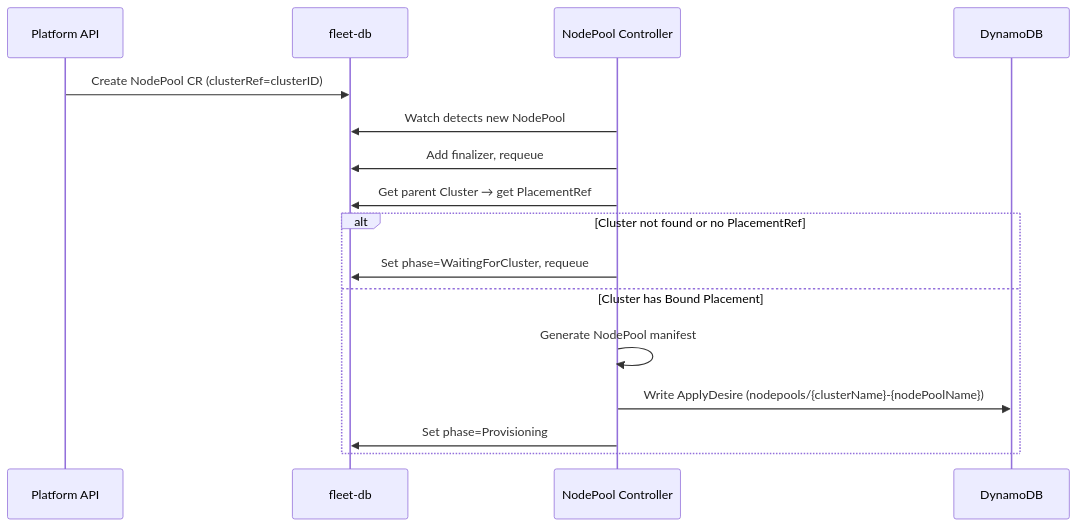
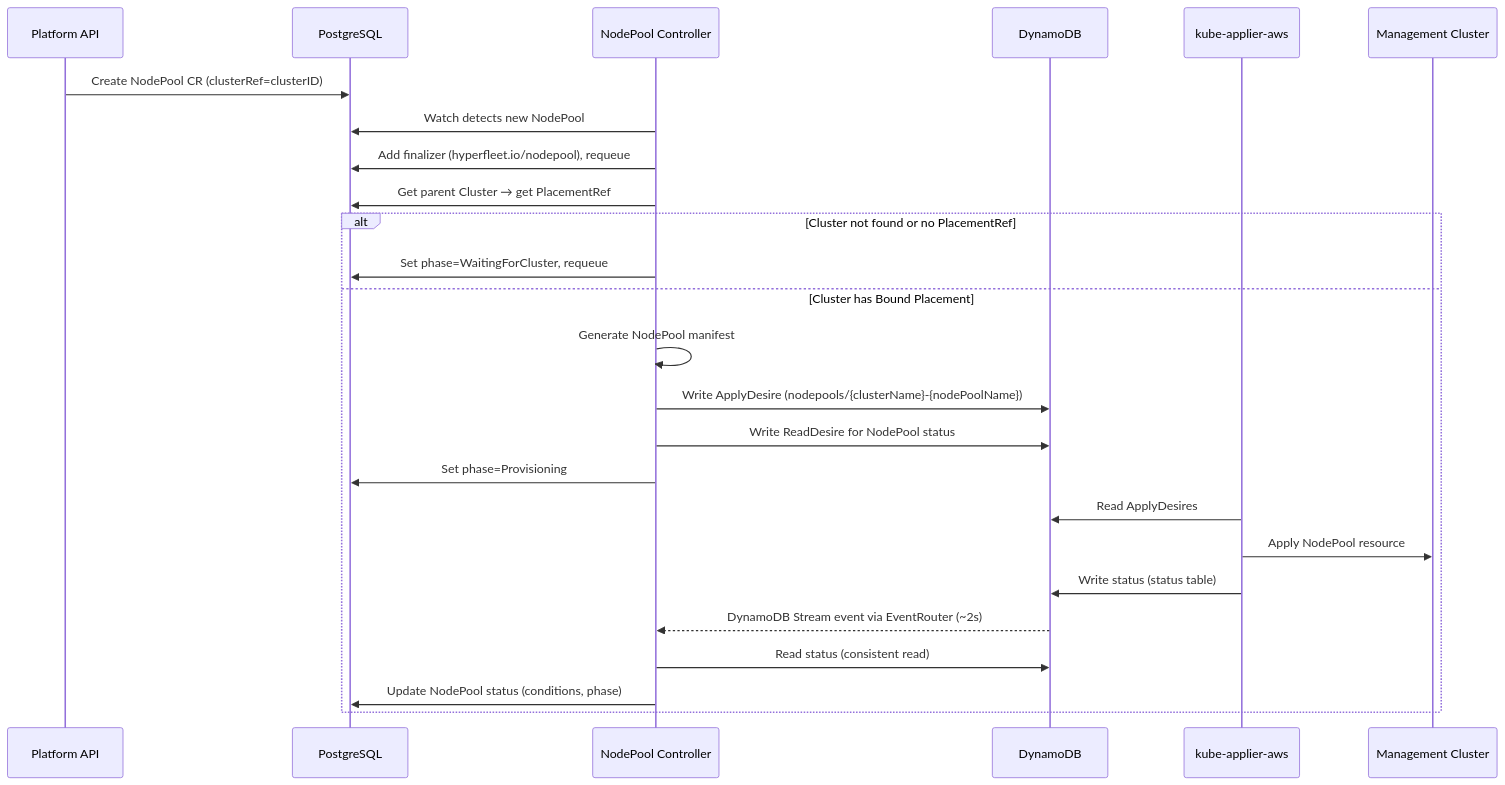
One commit to typeid/hyperfleet-operator changed the first of 2 diagrams in docs/nodepool-controller.md. Above: the diagram before and after it, drawn with Mermaid. The commit also changed other lines of this file and 46 other files, not shown here.

````diff
--- a/docs/nodepool-controller.md
+++ b/docs/nodepool-controller.md
@@ -5,19 +5,29 @@
 ```mermaid
 sequenceDiagram
     participant API as Platform API
-    participant FDB as fleet-db
+    participant PG as PostgreSQL
     participant NPC as NodePool Controller
     participant DDB as DynamoDB
 
-    API->>FDB: Create NodePool CR (clusterRef=clusterID)
-    NPC->>FDB: Watch detects new NodePool
-    NPC->>FDB: Add finalizer, requeue
-    NPC->>FDB: Get parent Cluster → get PlacementRef
+    participant KA as kube-applier-aws
+    participant MC as Management Cluster
+
+    API->>PG: Create NodePool CR (clusterRef=clusterID)
+    NPC->>PG: Watch detects new NodePool
+    NPC->>PG: Add finalizer (hyperfleet.io/nodepool), requeue
+    NPC->>PG: Get parent Cluster → get PlacementRef
     alt Cluster not found or no PlacementRef
-        NPC->>FDB: Set phase=WaitingForCluster, requeue
+        NPC->>PG: Set phase=WaitingForCluster, requeue
     else Cluster has Bound Placement
         NPC->>NPC: Generate NodePool manifest
         NPC->>DDB: Write ApplyDesire (nodepools/{clusterName}-{nodePoolName})
-        NPC->>FDB: Set phase=Provisioning
+        NPC->>DDB: Write ReadDesire for NodePool status
+        NPC->>PG: Set phase=Provisioning
+        KA->>DDB: Read ApplyDesires
+        KA->>MC: Apply NodePool resource
+        KA->>DDB: Write status (status table)
+        DDB-->>NPC: DynamoDB Stream event via EventRouter (~2s)
+        NPC->>DDB: Read status (consistent read)
+        NPC->>PG: Update NodePool status (conditions, phase)
     end
 ```
````
